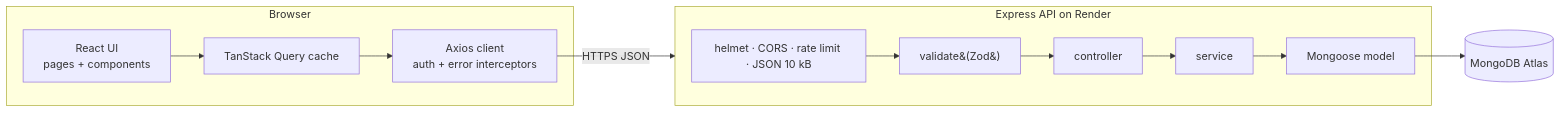
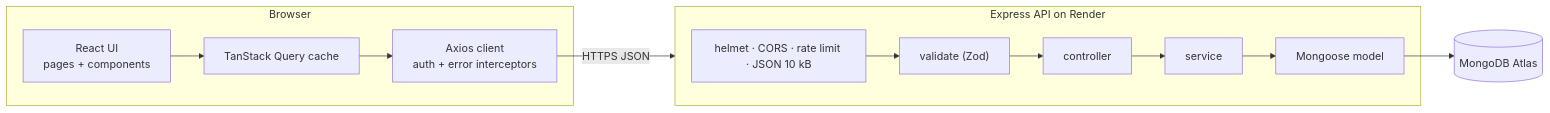
Before and after one commit to Shanmugamrskfamily/fullstack-intern-task: the diagram in README.md, drawn with Mermaid. The commit also changed other lines of this file, not shown here.

Commit message:
fix(docs): improve architecture diagram formatting in README

````diff
--- a/README.md
+++ b/README.md
@@ -121,13 +123,13 @@
 ```mermaid
 flowchart LR
   subgraph Browser
-    UI[React UI<br/>pages + components] --> RQ[TanStack Query cache]
-    RQ --> AX[Axios client<br/>auth + error interceptors]
+    UI["React UI<br/>pages + components"] --> RQ["TanStack Query cache"]
+    RQ --> AX["Axios client<br/>auth + error interceptors"]
   end
-  AX -- HTTPS JSON --> API
-  subgraph API[Express API on Render]
-    MW[helmet · CORS · rate limit · JSON 10 kB] --> V[validate&#40;Zod&#41;]
-    V --> C[controller] --> S[service] --> M[Mongoose model]
+  AX -- "HTTPS JSON" --> API
+  subgraph API["Express API on Render"]
+    MW["helmet · CORS · rate limit · JSON 10 kB"] --> V["validate (Zod)"]
+    V --> C["controller"] --> S["service"] --> M["Mongoose model"]
   end
-  M --> DB[(MongoDB Atlas)]
+  M --> DB[("MongoDB Atlas")]
 ```
````
